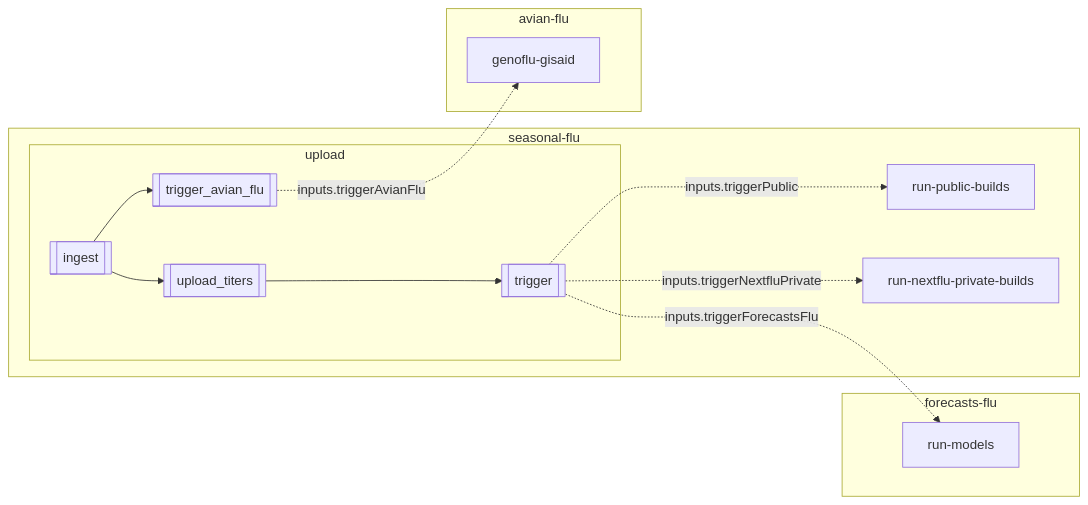
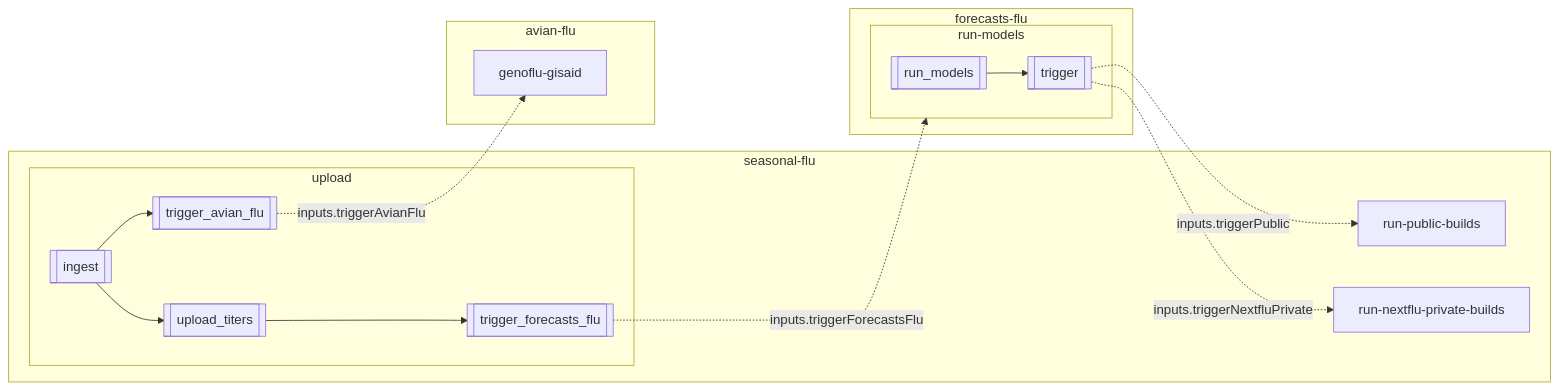
One commit to nextstrain/seasonal-flu changed the diagram in README.md. Above: the diagram before and after it, drawn with Mermaid. The commit also changed 1 other file, not shown here.

Commit message:
.github/upload: Move seasonal-flu build triggers to forecasts-flu
In order to use latest MLR results as a colorings in the builds, we need
to run the builds after the model workflow in forecasts-flu has
completed. So instead of triggering the builds directly after the
titer step, this now only triggers forecasts-flu/run-models with the
inputs to trigger the seasonal-flu builds after the model workflow.

I did not add the option to trigger builds independently of the
forecasts-flu workflow because that can be done by manually triggering
the respective seasonal-flu build GH Actions directly.

Depends on <https://github.com/nextstrain/forecasts-flu/pull/46>.

````diff
--- a/README.md
+++ b/README.md
@@ -199,30 +199,34 @@
 ```mermaid
 flowchart LR
   subgraph seasonal-flu
     subgraph upload
       ingest[[ingest]]
       triggerAvian[[trigger_avian_flu]]
       uploadTiters[[upload_titers]]
-      trigger[[trigger]]
+      triggerForecasts[[trigger_forecasts_flu]]
     end
 
     runPublic[run-public-builds]
     runPrivate[run-nextflu-private-builds]
   end
 
   subgraph avian-flu
     genoflu[genoflu-gisaid]
   end
 
   subgraph forecasts-flu
-    runModels[run-models]
+    subgraph runModels[run-models]
+      run_models[[run_models]]
+      trigger[[trigger]]
+    end
   end
 
   seasonal-flu ~~~ avian-flu
   seasonal-flu ~~~ forecasts-flu
-  ingest --> uploadTiters --> trigger
+  ingest --> uploadTiters --> triggerForecasts
   ingest --> triggerAvian -."inputs.triggerAvianFlu" .-> genoflu
+  triggerForecasts -."inputs.triggerForecastsFlu".-> runModels
+  run_models --> trigger
   trigger -."inputs.triggerPublic".-> runPublic
   trigger -."inputs.triggerNextfluPrivate".-> runPrivate
-  trigger -."inputs.triggerForecastsFlu".-> runModels
 ```
````
